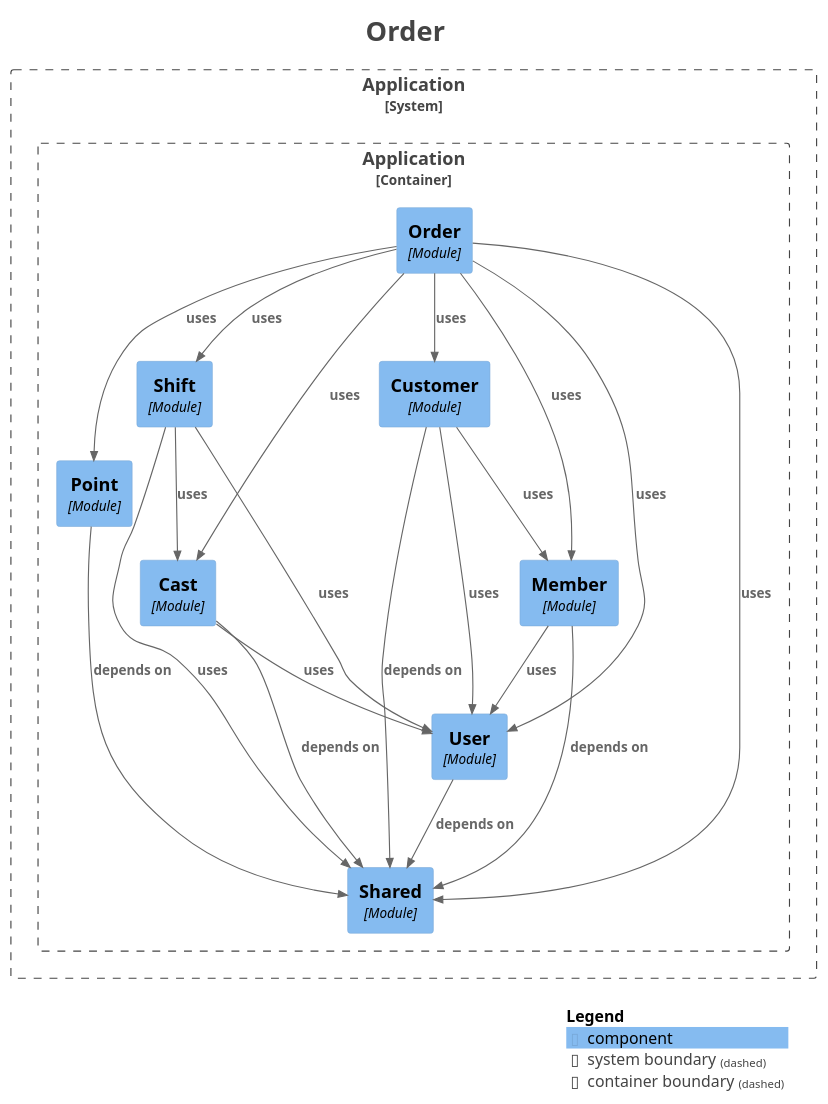
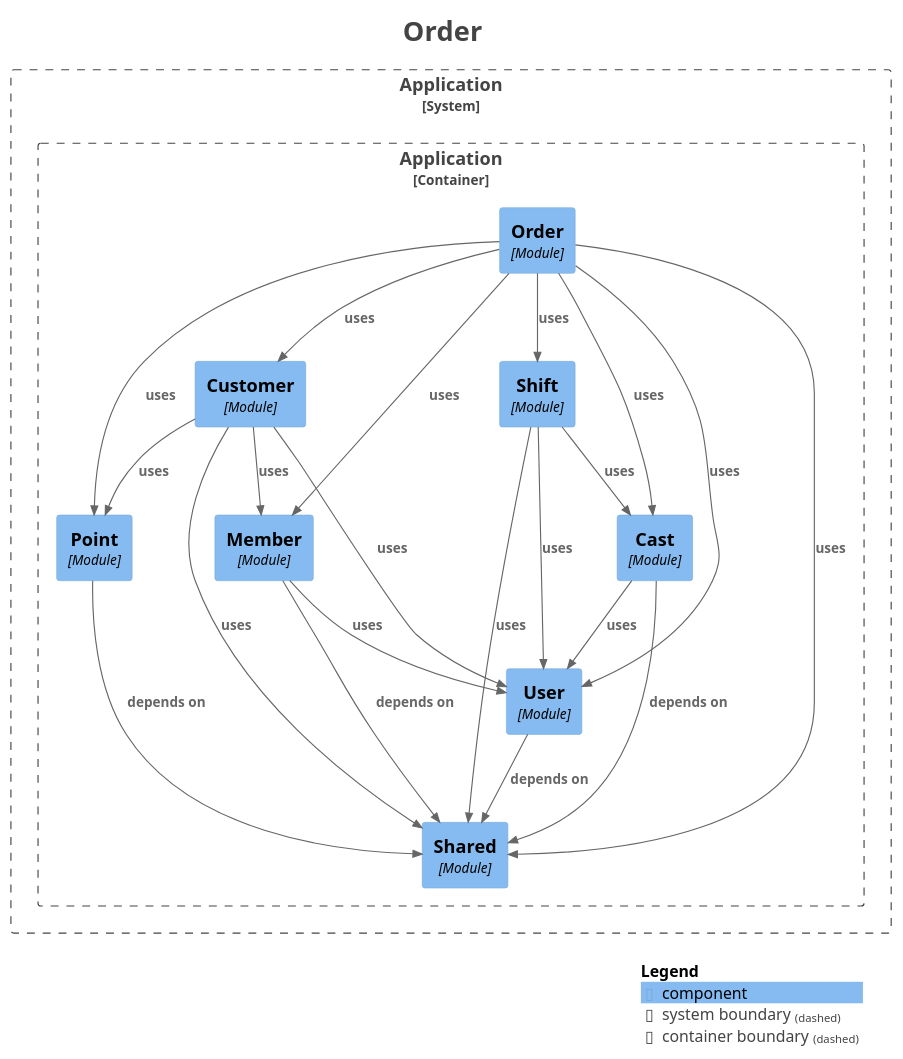
The diagram in backend/docs/modulith/module-order.puml (kanghouchao/Kizuna), drawn with PlantUML before and after one commit. The commit also changed 23 other files, not shown here.

```diff
--- a/backend/docs/modulith/module-order.puml
+++ b/backend/docs/modulith/module-order.puml
@@ -1,54 +1,55 @@
 @startuml
 title <size:24>Order</size>
 
 set separator none
 top to bottom direction
 
 <style>
   root {
     BackgroundColor: #ffffff
     FontColor: #444444
   }
 </style>
 
 !include <C4/C4>
 !include <C4/C4_Context>
 !include <C4/C4_Component>
 
 System_Boundary("Application_boundary", "Application", $tags="") {
   Container_Boundary("Application.Application_boundary", "Application", $tags="") {
     Component(Application.Application.Point, "Point", $techn="Module", $descr="", $tags="", $link="")
     Component(Application.Application.Cast, "Cast", $techn="Module", $descr="", $tags="", $link="")
     Component(Application.Application.Customer, "Customer", $techn="Module", $descr="", $tags="", $link="")
     Component(Application.Application.Shift, "Shift", $techn="Module", $descr="", $tags="", $link="")
     Component(Application.Application.Order, "Order", $techn="Module", $descr="", $tags="", $link="")
     Component(Application.Application.Shared, "Shared", $techn="Module", $descr="", $tags="", $link="")
     Component(Application.Application.User, "User", $techn="Module", $descr="", $tags="", $link="")
     Component(Application.Application.Member, "Member", $techn="Module", $descr="", $tags="", $link="")
   }
 
 }
 
+Rel(Application.Application.Shift, Application.Application.User, "uses", $techn="", $tags="", $link="")
+Rel(Application.Application.Shift, Application.Application.Cast, "uses", $techn="", $tags="", $link="")
+Rel(Application.Application.Shift, Application.Application.Shared, "uses", $techn="", $tags="", $link="")
+Rel(Application.Application.Point, Application.Application.Shared, "depends on", $techn="", $tags="", $link="")
 Rel(Application.Application.User, Application.Application.Shared, "depends on", $techn="", $tags="", $link="")
-Rel(Application.Application.Point, Application.Application.Shared, "depends on", $techn="", $tags="", $link="")
+Rel(Application.Application.Customer, Application.Application.Member, "uses", $techn="", $tags="", $link="")
+Rel(Application.Application.Customer, Application.Application.User, "uses", $techn="", $tags="", $link="")
+Rel(Application.Application.Customer, Application.Application.Point, "uses", $techn="", $tags="", $link="")
+Rel(Application.Application.Customer, Application.Application.Shared, "uses", $techn="", $tags="", $link="")
+Rel(Application.Application.Member, Application.Application.Shared, "depends on", $techn="", $tags="", $link="")
+Rel(Application.Application.Member, Application.Application.User, "uses", $techn="", $tags="", $link="")
 Rel(Application.Application.Cast, Application.Application.Shared, "depends on", $techn="", $tags="", $link="")
 Rel(Application.Application.Cast, Application.Application.User, "uses", $techn="", $tags="", $link="")
 Rel(Application.Application.Order, Application.Application.Customer, "uses", $techn="", $tags="", $link="")
 Rel(Application.Application.Order, Application.Application.User, "uses", $techn="", $tags="", $link="")
 Rel(Application.Application.Order, Application.Application.Member, "uses", $techn="", $tags="", $link="")
 Rel(Application.Application.Order, Application.Application.Shift, "uses", $techn="", $tags="", $link="")
 Rel(Application.Application.Order, Application.Application.Shared, "uses", $techn="", $tags="", $link="")
 Rel(Application.Application.Order, Application.Application.Cast, "uses", $techn="", $tags="", $link="")
 Rel(Application.Application.Order, Application.Application.Point, "uses", $techn="", $tags="", $link="")
-Rel(Application.Application.Shift, Application.Application.User, "uses", $techn="", $tags="", $link="")
-Rel(Application.Application.Shift, Application.Application.Cast, "uses", $techn="", $tags="", $link="")
-Rel(Application.Application.Shift, Application.Application.Shared, "uses", $techn="", $tags="", $link="")
-Rel(Application.Application.Member, Application.Application.Shared, "depends on", $techn="", $tags="", $link="")
-Rel(Application.Application.Member, Application.Application.User, "uses", $techn="", $tags="", $link="")
-Rel(Application.Application.Customer, Application.Application.Shared, "depends on", $techn="", $tags="", $link="")
-Rel(Application.Application.Customer, Application.Application.Member, "uses", $techn="", $tags="", $link="")
-Rel(Application.Application.Customer, Application.Application.User, "uses", $techn="", $tags="", $link="")
 
 SHOW_LEGEND(true)
 hide stereotypes
 @enduml
```
